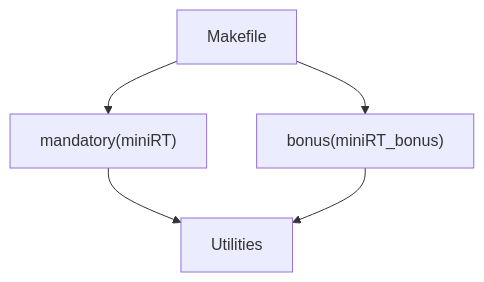
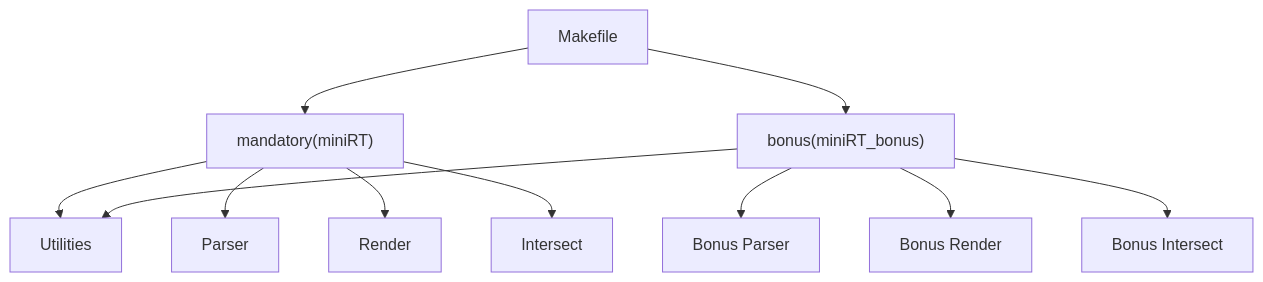
Before and after one commit to helgh/MiniRT_1337: the second of 2 diagrams in README.md, drawn with Mermaid.

````diff
--- a/README.md
+++ b/README.md
@@ -80,8 +80,13 @@
 ``` mermaid
 graph TD
 A["Makefile"] --> B["mandatory(miniRT)"]
 A --> C["bonus(miniRT_bonus)"]
 B --> D["Utilities"]
 C --> D
-
+B --> E["Parser"]
+B --> F["Render"]
+B --> G["Intersect"]
+C --> H["Bonus Parser"]
+C --> I["Bonus Render"]
+C --> J["Bonus Intersect"]
 ```
````
